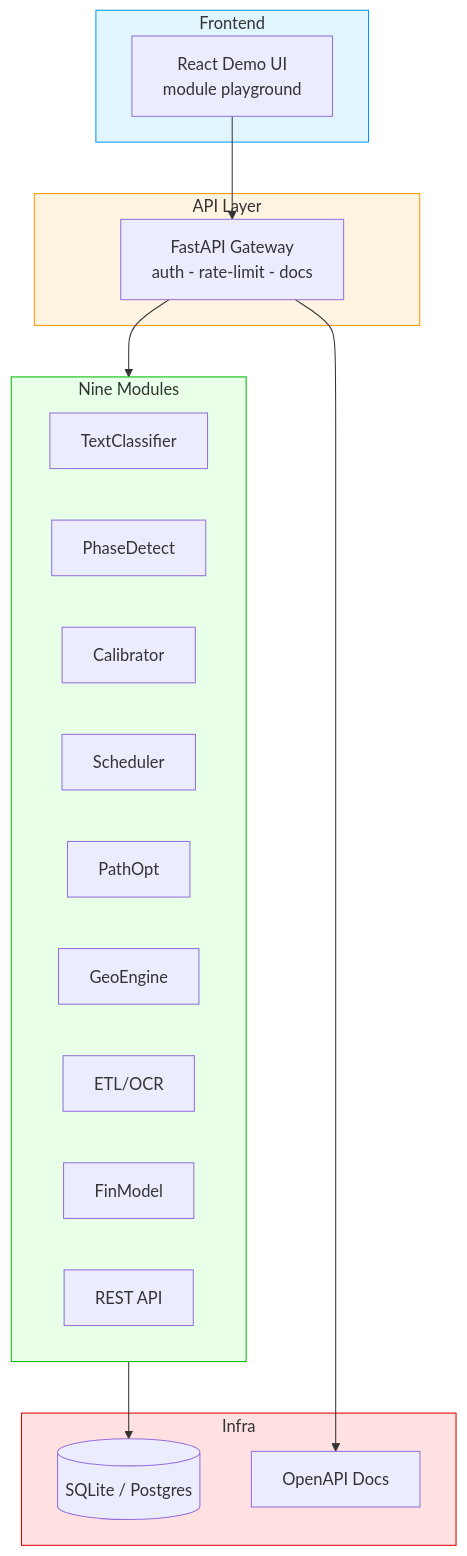
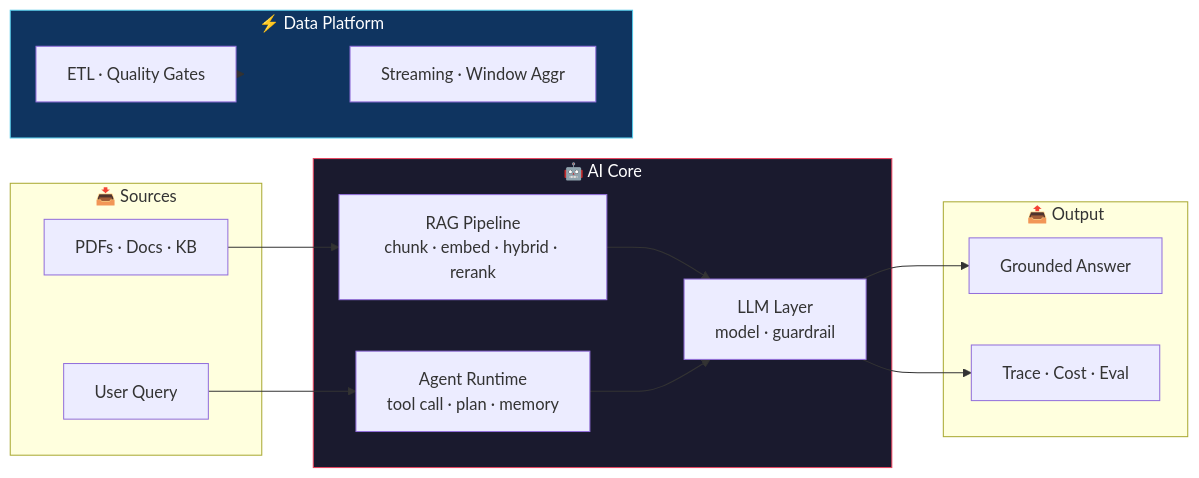
Before and after one commit to LeonxLJX/LeonxLJX: the diagram in README.md, drawn with Mermaid. The commit also changed other lines of this file, not shown here.

Commit message:
profile README: switch to AI Engineer direction (RAG/Agents/Data focus) for job applications

````diff
--- a/README.md
+++ b/README.md
@@ -34,32 +83,29 @@
 ```mermaid
-graph TB
-    subgraph Client["Frontend"]
-        UI["React Demo UI<br/>module playground"]
+flowchart LR
+    subgraph IN["📥 Sources"]
+        DOC["PDFs · Docs · KB"]
+        USER["User Query"]
     end
-    subgraph API["API Layer"]
-        GW["FastAPI Gateway<br/>auth - rate-limit - docs"]
+    subgraph AI["🤖 AI Core"]
+        RAG["RAG Pipeline<br/>chunk · embed · hybrid · rerank"]
+        AGENT["Agent Runtime<br/>tool call · plan · memory"]
+        GW["LLM Layer<br/>model · guardrail"]
     end
-    subgraph Core["Nine Modules"]
-        M1["TextClassifier"]
-        M2["PhaseDetect"]
-        M3["Calibrator"]
-        M4["Scheduler"]
-        M5["PathOpt"]
-        M6["GeoEngine"]
-        M7["ETL/OCR"]
-        M8["FinModel"]
-        M9["REST API"]
+    subgraph DATA["⚡ Data Platform"]
+        ETL["ETL · Quality Gates"]
+        STREAM["Streaming · Window Aggr"]
     end
-    subgraph Infra["Infra"]
-        DB[("SQLite / Postgres")]
-        DOCS["OpenAPI Docs"]
+    subgraph OUT["📤 Output"]
+        ANS["Grounded Answer"]
+        TRACE["Trace · Cost · Eval"]
     end
-    UI --> GW
-    GW --> Core
-    Core --> DB
-    GW --> DOCS
-    style Client fill:#e1f5ff,stroke:#0099ff
-    style API fill:#fff4e1,stroke:#ff9900
-    style Core fill:#e8ffe8,stroke:#00bb00
-    style Infra fill:#ffe1e1,stroke:#dd0000
+    DOC --> RAG
+    USER --> AGENT
+    ETL --> DATA
+    RAG --> GW
+    AGENT --> GW
+    GW --> ANS
+    GW --> TRACE
+    style AI fill:#1a1a2e,stroke:#e94560,color:#fff
+    style DATA fill:#0f3460,stroke:#53c9e8,color:#fff
 ```
````
